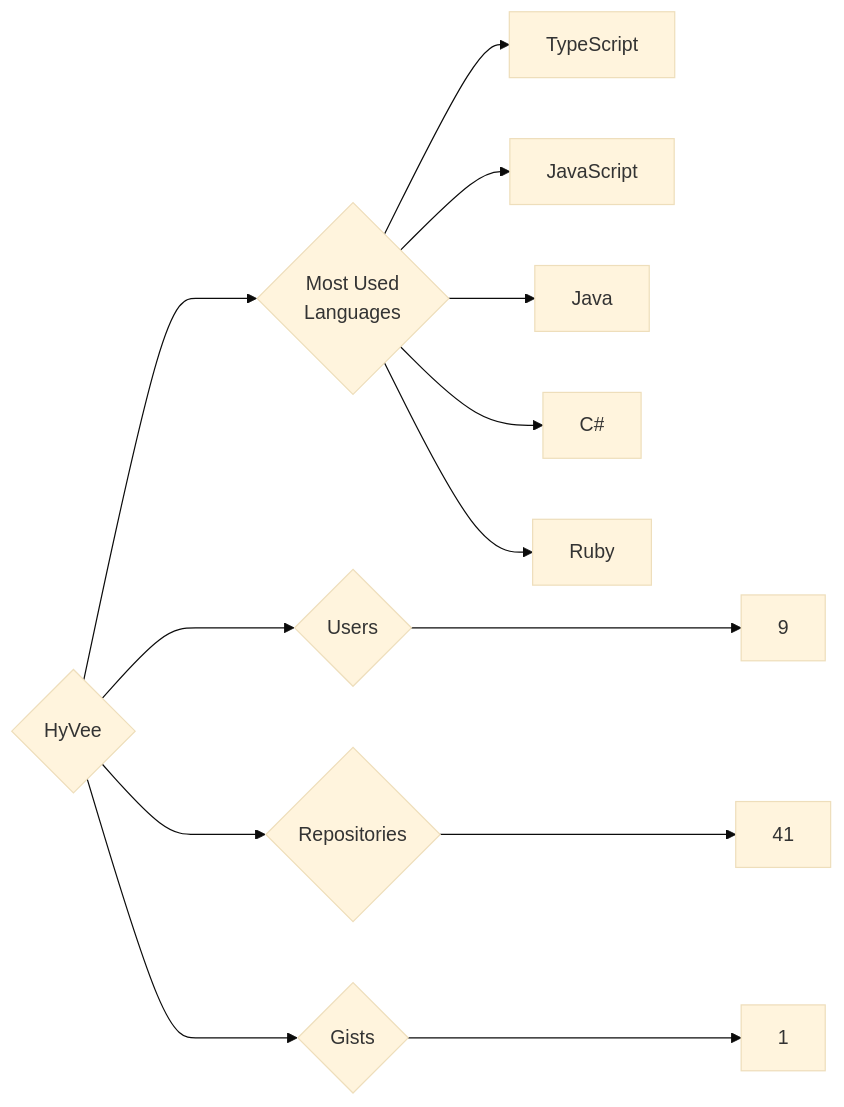
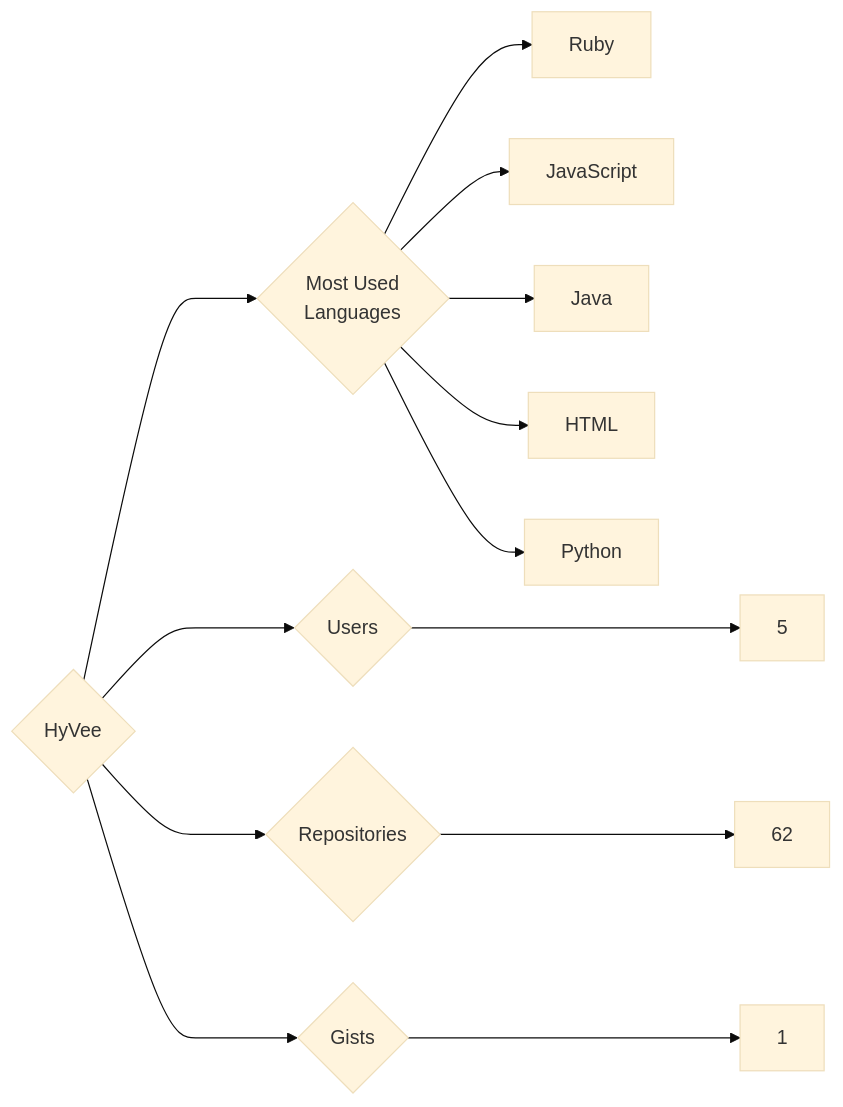
The diagram in targets/HyVee/README.md (trickest/insiders), drawn with Mermaid (base theme) before and after one commit. The commit also changed 857 other files, not shown here.

````diff
--- a/targets/HyVee/README.md
+++ b/targets/HyVee/README.md
@@ -3,13 +3,13 @@
 ```mermaid
 graph LR
 COMPANY_NAME{HyVee}
-COMPANY_NAME ---> U{Users} ---> UN[9]
-COMPANY_NAME ---> R{Repositories} ---> RN[41]
+COMPANY_NAME ---> U{Users} ---> UN[5]
+COMPANY_NAME ---> R{Repositories} ---> RN[62]
 COMPANY_NAME ---> G{Gists} ---> GN[1]
 COMPANY_NAME ---> ML{Most Used<br>Languages}
-ML --> TypeScript[TypeScript]
+ML --> Ruby[Ruby]
 ML --> JavaScript[JavaScript]
 ML --> Java[Java]
-ML --> C#[C#]
-ML --> Ruby[Ruby]
+ML --> HTML[HTML]
+ML --> Python[Python]
 ```
````
